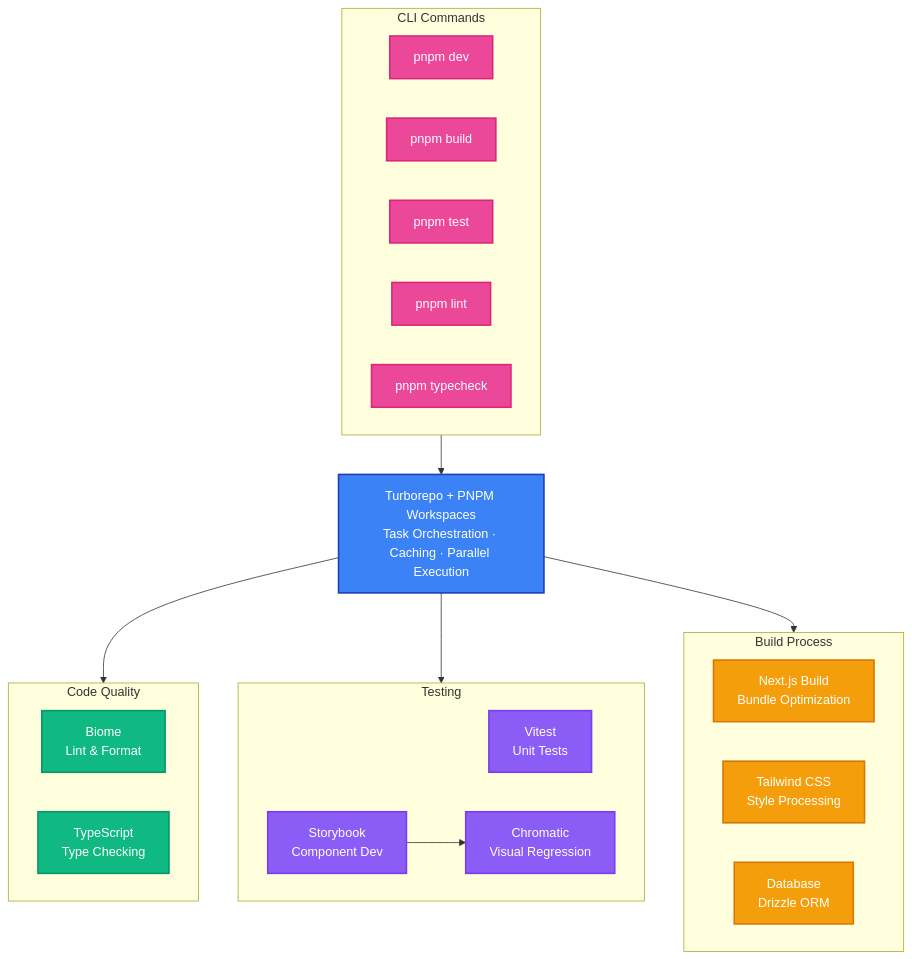
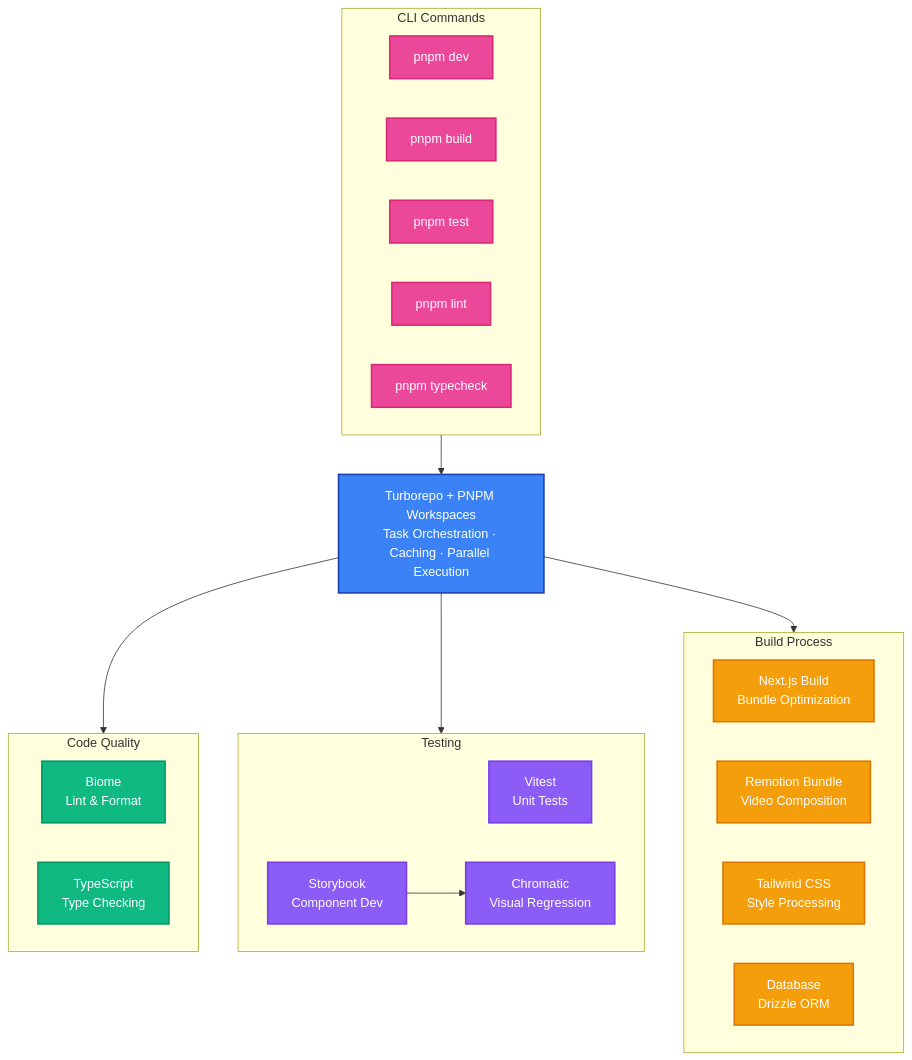
Before and after one commit to k2bg-technology/k2bg-branding: the second of 2 diagrams in README.md, drawn with Mermaid. The commit also changed other lines of this file and 10 other files, not shown here.

````diff
--- a/README.md
+++ b/README.md
@@ -118,47 +124,48 @@
 ```mermaid
 flowchart TB
     subgraph commands["CLI Commands"]
         Dev["pnpm dev"]
         Build["pnpm build"]
         Test["pnpm test"]
         Lint["pnpm lint"]
         TypeCheck["pnpm typecheck"]
     end
 
     Turbo["Turborepo + PNPM Workspaces<br/>Task Orchestration · Caching · Parallel Execution"]
 
     subgraph quality["Code Quality"]
         Biome["Biome<br/>Lint & Format"]
         TS["TypeScript<br/>Type Checking"]
     end
 
     subgraph testing["Testing"]
         Vitest["Vitest<br/>Unit Tests"]
         Storybook["Storybook<br/>Component Dev"]
         Chromatic["Chromatic<br/>Visual Regression"]
     end
 
     subgraph build["Build Process"]
         NextJS["Next.js Build<br/>Bundle Optimization"]
+        Remotion["Remotion Bundle<br/>Video Composition"]
         Tailwind["Tailwind CSS<br/>Style Processing"]
         DrizzleGen["Database<br/>Drizzle ORM"]
     end
 
     commands --> Turbo
     Turbo --> quality
     Turbo --> testing
     Turbo --> build
     Storybook --> Chromatic
 
     classDef commandStyle fill:#EC4899,stroke:#DB2777,stroke-width:2px,color:#fff
     classDef turboStyle fill:#3B82F6,stroke:#1E40AF,stroke-width:2px,color:#fff
     classDef qualityStyle fill:#10B981,stroke:#059669,stroke-width:2px,color:#fff
     classDef testStyle fill:#8B5CF6,stroke:#7C3AED,stroke-width:2px,color:#fff
     classDef buildStyle fill:#F59E0B,stroke:#D97706,stroke-width:2px,color:#fff
 
     class Dev,Build,Test,Lint,TypeCheck commandStyle
     class Turbo turboStyle
     class Biome,TS qualityStyle
     class Vitest,Storybook,Chromatic testStyle
-    class NextJS,Tailwind,DrizzleGen buildStyle
+    class NextJS,Remotion,Tailwind,DrizzleGen buildStyle
 ```
````
